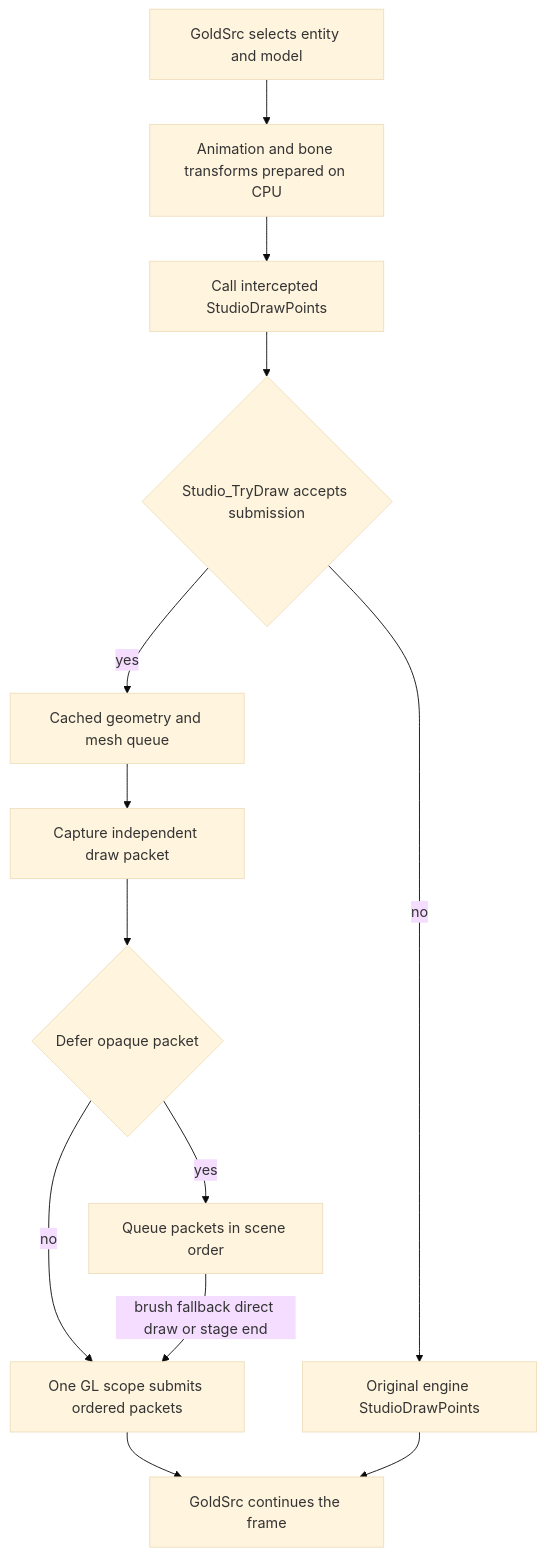
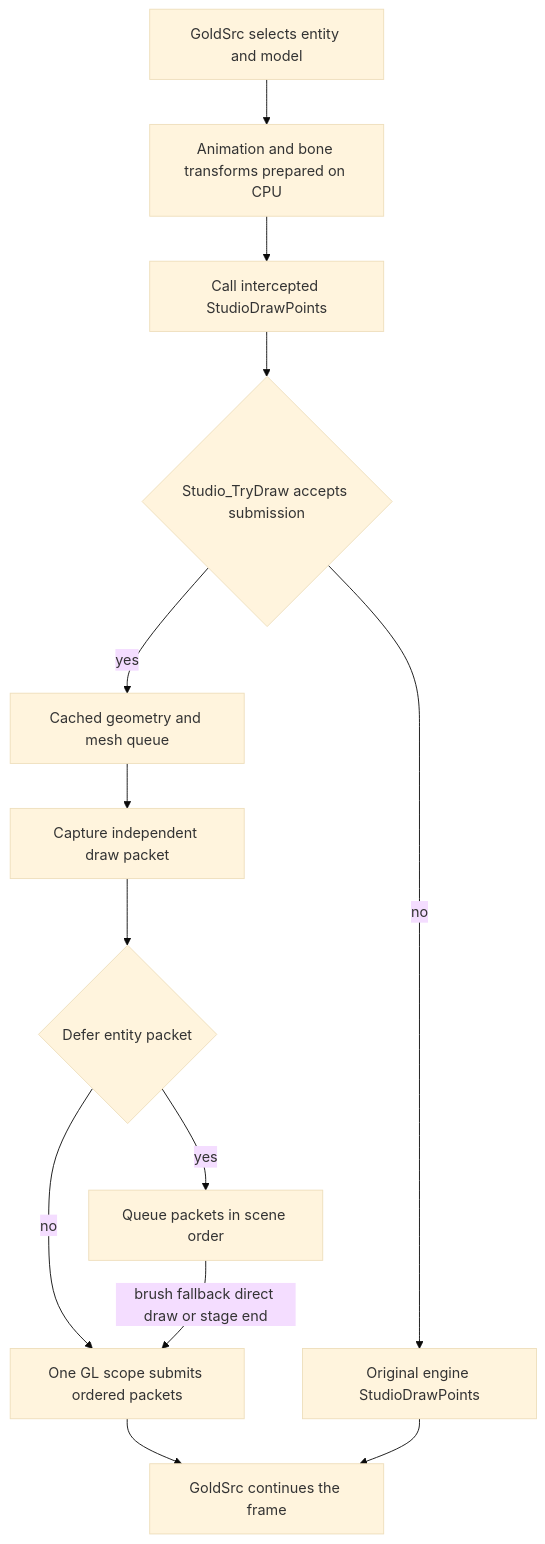
One commit to CS-NextClient/NextClient changed the first of 3 diagrams in docs/renderer-architecture.md. Above: the diagram before and after it, drawn with Mermaid (base theme). The commit also changed other lines of this file and 19 other files, not shown here.

````diff
--- a/docs/renderer-architecture.md
+++ b/docs/renderer-architecture.md
@@ -83,15 +83,15 @@
 ```mermaid
 flowchart TD
     A[GoldSrc selects entity and model] --> B[Animation and bone transforms prepared on CPU]
     B --> C[Call intercepted StudioDrawPoints]
     C --> D{Studio_TryDraw accepts submission}
     D -->|yes| E[Cached geometry and mesh queue]
     E --> F[Capture independent draw packet]
-    F --> Q{Defer opaque packet}
+    F --> Q{Defer entity packet}
     Q -->|yes| R[Queue packets in scene order]
     Q -->|no| G[One GL scope submits ordered packets]
     R -->|brush fallback direct draw or stage end| G
     D -->|no| H[Original engine StudioDrawPoints]
     G --> I[GoldSrc continues the frame]
     H --> I
 ```
````
